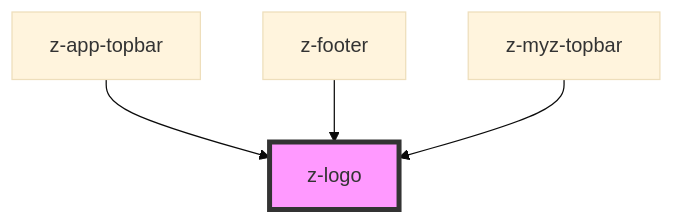
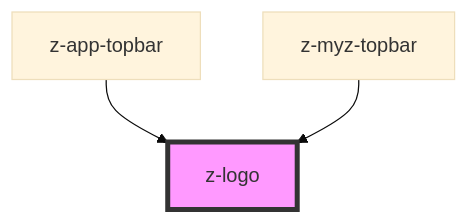
One commit to ZanichelliEditore/design-system changed the diagram in src/components/logo/z-logo/readme.md. Above: the diagram before and after it, drawn with Mermaid (base theme). The commit also changed other lines of this file and 17 other files, not shown here.

````diff
--- a/src/components/logo/z-logo/readme.md
+++ b/src/components/logo/z-logo/readme.md
@@ -44,7 +43,6 @@
 ```mermaid
 graph TD;
   z-app-topbar --> z-logo
-  z-footer --> z-logo
   z-myz-topbar --> z-logo
   style z-logo fill:#f9f,stroke:#333,stroke-width:4px
 ```
````
